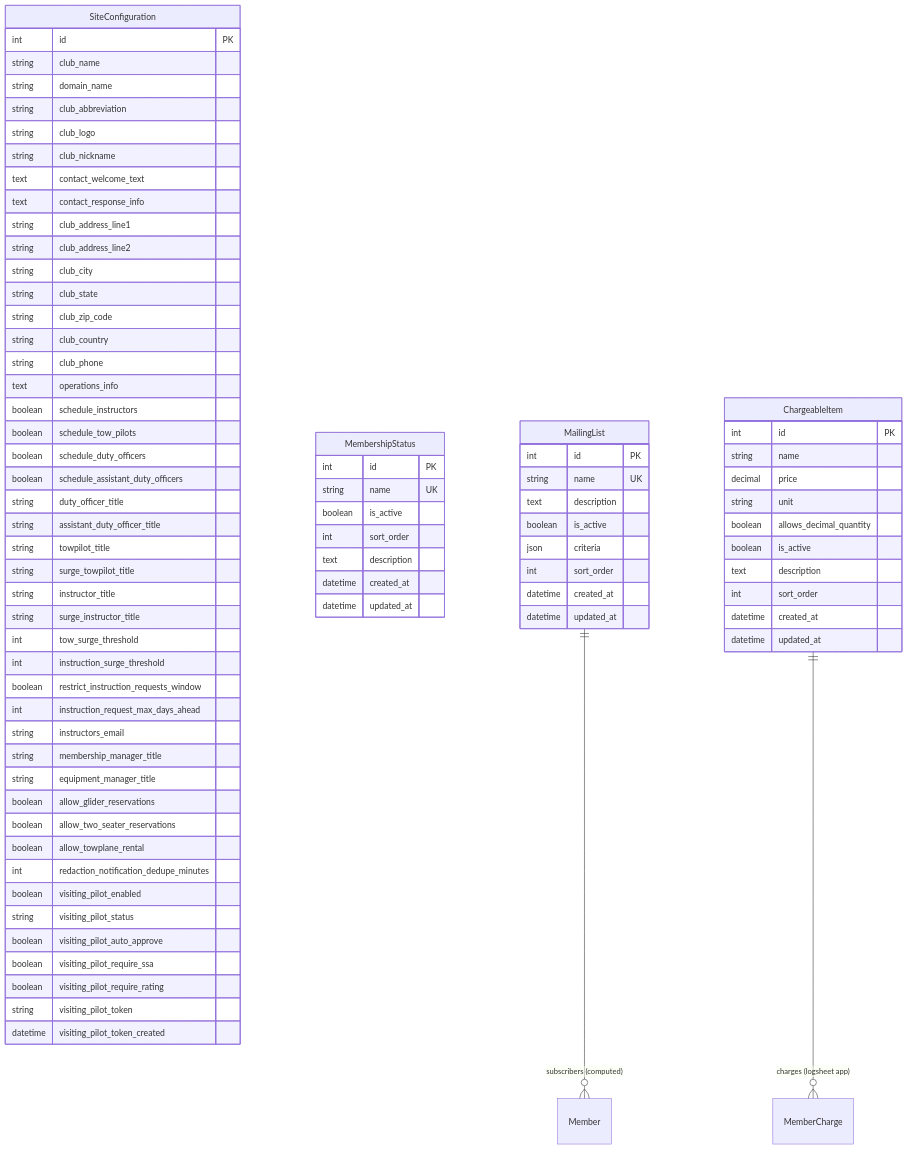
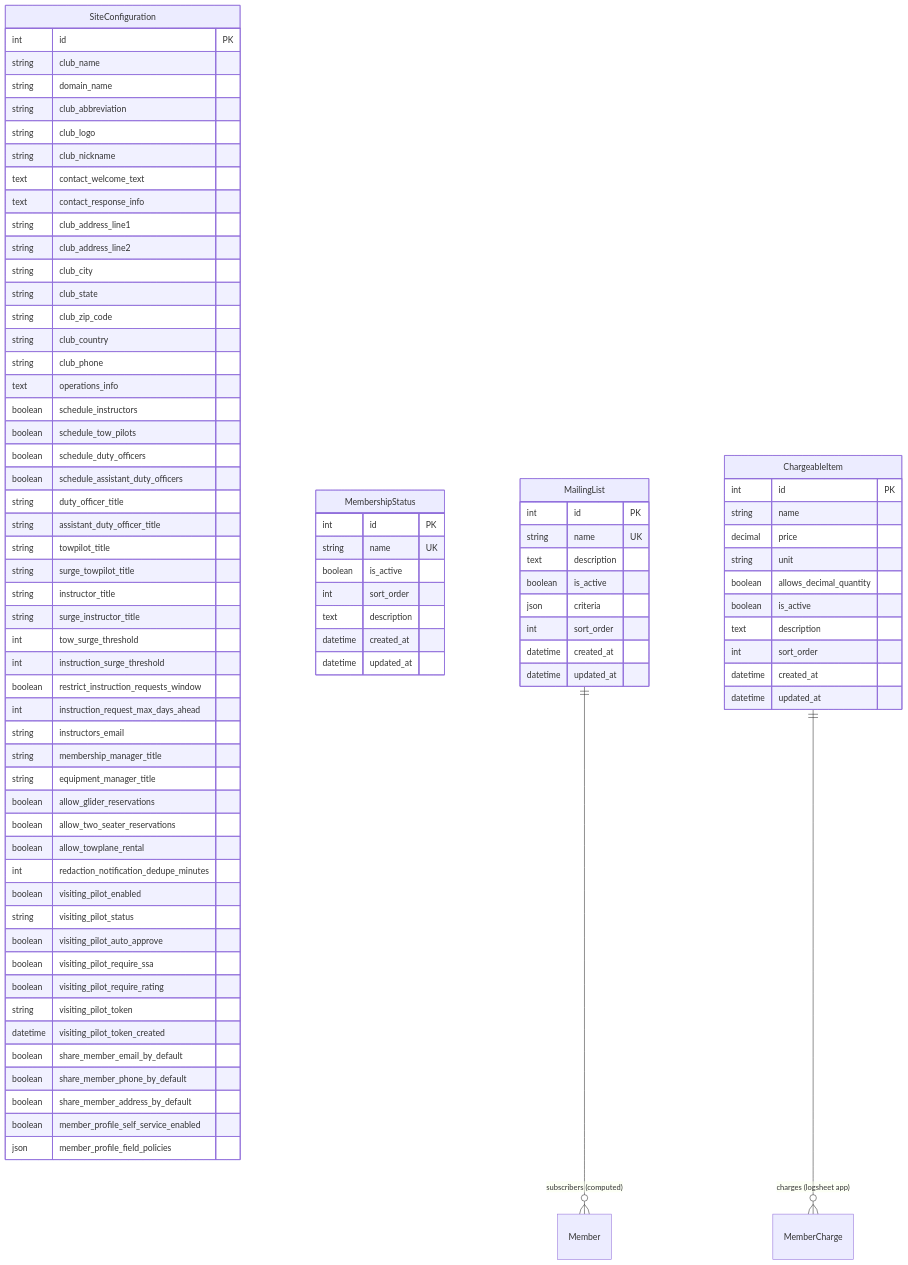
Before and after one commit to pietbarber/Manage2Soar: the diagram in siteconfig/docs/models.md, drawn with Mermaid. The commit also changed other lines of this file and 8 other files, not shown here.

```diff
--- a/siteconfig/docs/models.md
+++ b/siteconfig/docs/models.md
@@ -53,6 +53,11 @@
         boolean visiting_pilot_require_rating
         string visiting_pilot_token
         datetime visiting_pilot_token_created
+        boolean share_member_email_by_default
+        boolean share_member_phone_by_default
+        boolean share_member_address_by_default
+        boolean member_profile_self_service_enabled
+        json member_profile_field_policies
     }
 
     MembershipStatus {
```
